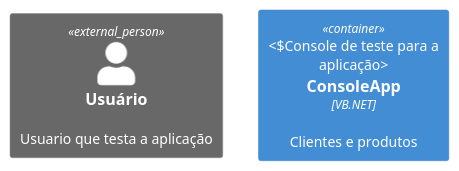
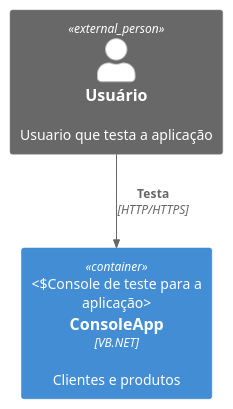
The diagram in docs/C4/Container.puml (samoryfiotec/VBNetTests), drawn with PlantUML before and after one commit. The commit also changed 2 other files, not shown here.

Commit message:
Atualizar diagrama de arquitetura e adicionar imagem ao README

```diff
--- a/docs/C4/Container.puml
+++ b/docs/C4/Container.puml
@@ -1,7 +1,9 @@
 @startuml ContainerVBNetTests
 !includeurl https://raw.githubusercontent.com/plantuml-stdlib/C4-PlantUML/master/C4_Container.puml
 
 Person_Ext(usuario, "Usuário", "Usuario que testa a aplicação")
 Container(console, "ConsoleApp", "VB.NET", "Clientes e produtos", "Console de teste para a aplicação")
 
+Rel(usuario, console, "Testa", "HTTP/HTTPS")
+
 @enduml
```
